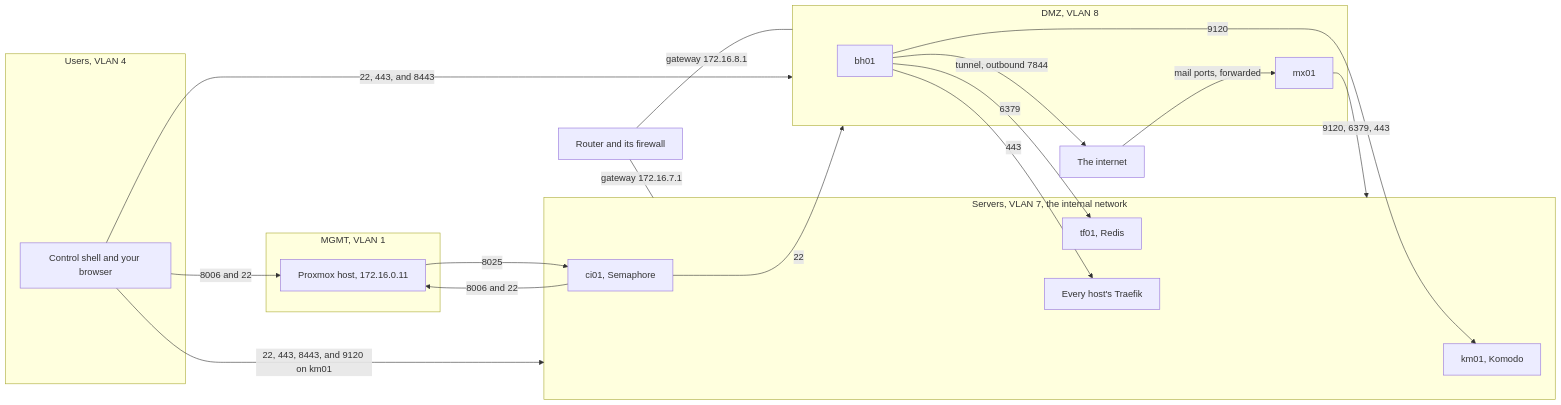
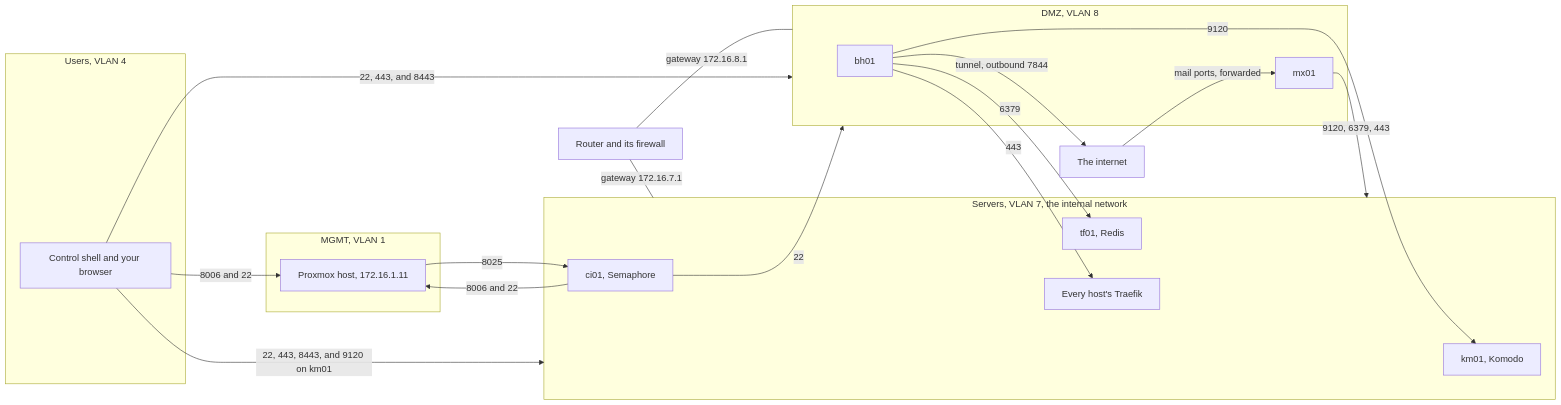
One commit to myah-mitchell/docs changed the diagram in content/fleet-bootstrap/concepts/the-network.md. Above: the diagram before and after it, drawn with Mermaid. The commit also changed other lines of this file and 7 other files, not shown here.

First line of the commit message:
Put the example Proxmox host on the MGMT subnet

````diff
--- a/content/fleet-bootstrap/concepts/the-network.md
+++ b/content/fleet-bootstrap/concepts/the-network.md
@@ -109,35 +109,35 @@
 ```mermaid
 flowchart LR
   internet[The internet]
   router[Router and its firewall]
   subgraph users[Users, VLAN 4]
     shell[Control shell and your browser]
   end
   subgraph mgmt[MGMT, VLAN 1]
-    proxmox[Proxmox host, 172.16.0.11]
+    proxmox[Proxmox host, 172.16.1.11]
   end
   subgraph internal[Servers, VLAN 7, the internal network]
     km01[km01, Komodo]
     ci01[ci01, Semaphore]
     tf01[tf01, Redis]
     web[Every host's Traefik]
   end
   subgraph dmz[DMZ, VLAN 8]
     bh01[bh01]
     mx01[mx01]
   end
   router ---|gateway 172.16.7.1| internal
   router ---|gateway 172.16.8.1| dmz
   shell -->|8006 and 22| proxmox
   shell -->|22, 443, 8443, and 9120 on km01| internal
   shell -->|22, 443, and 8443| dmz
   ci01 -->|8006 and 22| proxmox
   proxmox -->|8025| ci01
   ci01 -->|22| dmz
   bh01 -->|9120| km01
   bh01 -->|6379| tf01
   bh01 -->|443| web
   mx01 -->|9120, 6379, 443| internal
   bh01 -->|tunnel, outbound 7844| internet
   internet -->|mail ports, forwarded| mx01
 ```
````
